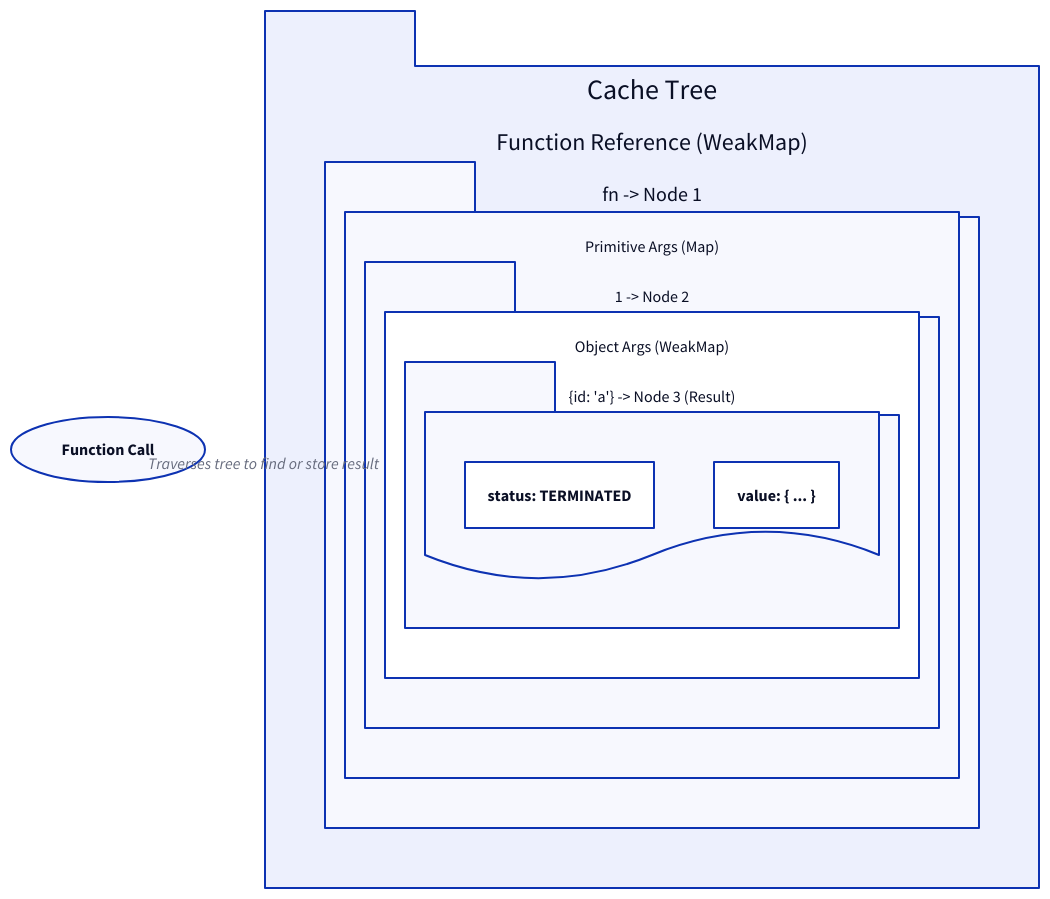
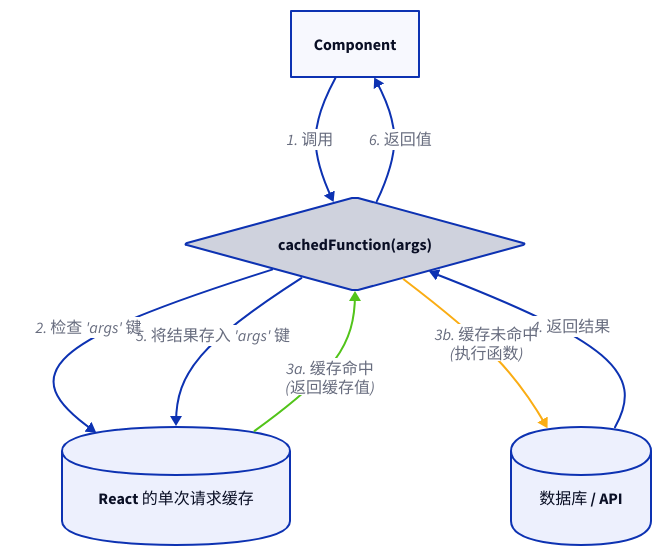
Before and after one commit to lban2049/react: the diagram in packages/react/.aigne/doc-smith/docs/advanced-caching.zh.md, drawn with D2. The commit also changed other lines of this file and 46 other files, not shown here.

````diff
--- a/packages/react/.aigne/doc-smith/docs/advanced-caching.zh.md
+++ b/packages/react/.aigne/doc-smith/docs/advanced-caching.zh.md
@@ -53,42 +59,41 @@
 ```d2
 direction: down
 
-call: "cachedFn(1, { id: 'a' })" {
-  label: "Function Call"
-  shape: oval
+Component: {
+  shape: rectangle
 }
 
-tree: "Cache Tree" {
-  shape: package
-  grid-columns: 1
-
-  fn_ref: "Function Reference (WeakMap)" {
-    shape: package
-
-    fn_node: "fn -> Node 1" {
-      shape: rectangle
-      
-      primitive_args: "Primitive Args (Map)" {
-        shape: package
-
-        primitive_node: "1 -> Node 2" {
-          shape: rectangle
-          
-          object_args: "Object Args (WeakMap)" {
-            shape: package
-
-            result_node: "{id: 'a'} -> Node 3 (Result)" {
-              shape: document
-              "status: TERMINATED"
-              "value: { ... }"
-            }
-          }
-        }
-      }
-    }
-  }
+Cache-Storage: {
+  label: "React 的单次请求缓存"
+  shape: cylinder
 }
 
-call -> tree.fn_ref: "Traverses tree to find or store result"
+Data-Source: {
+  label: "数据库 / API"
+  shape: cylinder
+}
+
+cachedFunction: {
+  label: "cachedFunction(args)"
+  shape: diamond
+}
+
+Component -> cachedFunction: "1. 调用"
+
+cachedFunction -> Cache-Storage: "2. 检查 'args' 键"
+
+Cache-Storage -> cachedFunction: "3a. 缓存命中\n(返回缓存值)" {
+  style.stroke: "#52c41a"
+}
+
+cachedFunction -> Data-Source: "3b. 缓存未命中\n(执行函数)" {
+  style.stroke: "#faad14"
+}
+
+Data-Source -> cachedFunction: "4. 返回结果"
+
+cachedFunction -> Cache-Storage: "5. 将结果存入 'args' 键"
+
+cachedFunction -> Component: "6. 返回值"
 
 ```
````
